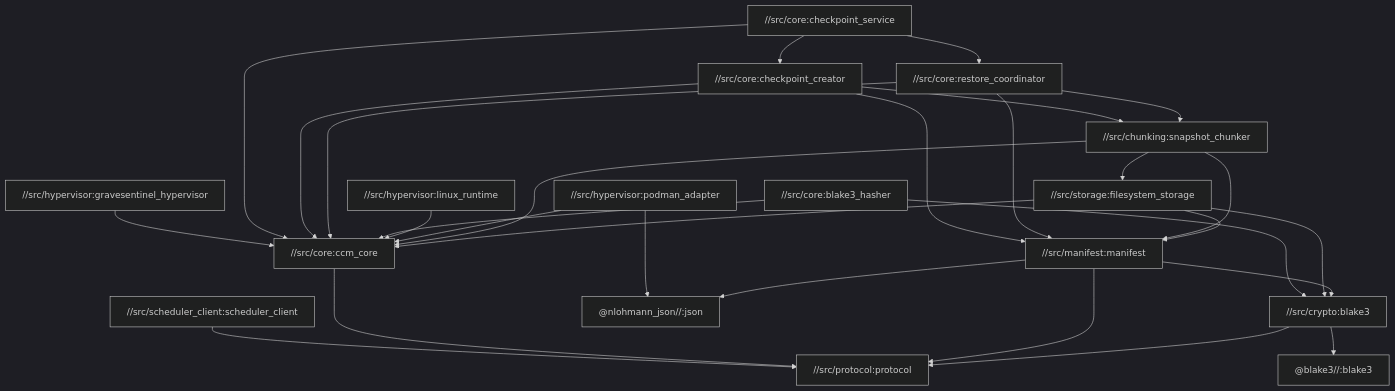
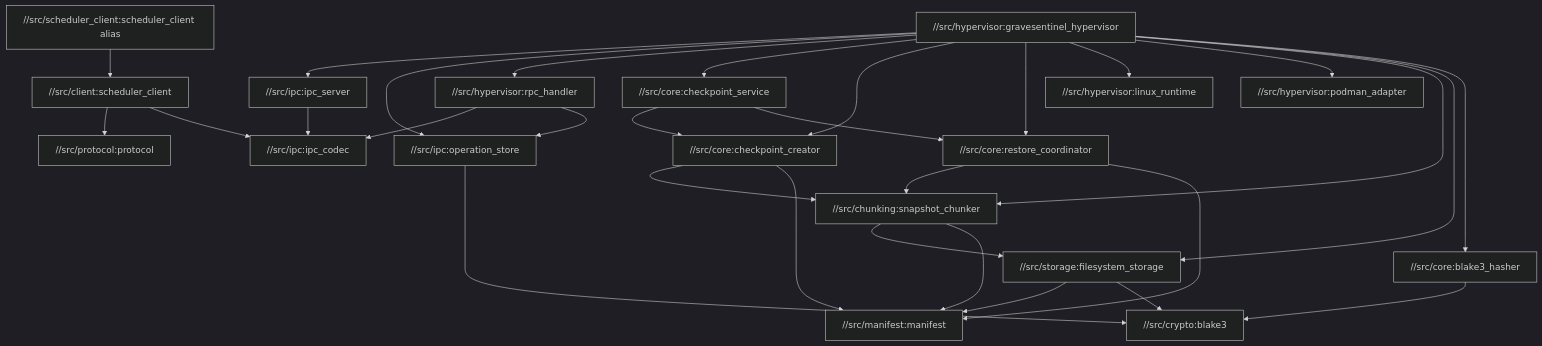
Before and after one commit to crystarm/gravesentinel: the second of 4 diagrams in docs/architecture.md, drawn with Mermaid (dark theme). The commit also changed other lines of this file and 5 other files, not shown here.

Commit message:
docs(hypervisor): describe the operational IPC boundary

````diff
--- a/docs/architecture.md
+++ b/docs/architecture.md
@@ -76,48 +98,51 @@
 ```mermaid
 flowchart TD
-    SchedulerClient["//src/scheduler_client:scheduler_client"]
+    PublicClient["//src/scheduler_client:scheduler_client alias"]
+    Client["//src/client:scheduler_client"]
     Protocol["//src/protocol:protocol"]
+    Codec["//src/ipc:ipc_codec"]
+    Server["//src/ipc:ipc_server"]
+    Store["//src/ipc:operation_store"]
     Binary["//src/hypervisor:gravesentinel_hypervisor"]
-    Core["//src/core:ccm_core"]
+    Rpc["//src/hypervisor:rpc_handler"]
     Service["//src/core:checkpoint_service"]
     Creator["//src/core:checkpoint_creator"]
     Restorer["//src/core:restore_coordinator"]
-    Hasher["//src/core:blake3_hasher"]
     LinuxRuntime["//src/hypervisor:linux_runtime"]
     Podman["//src/hypervisor:podman_adapter"]
     Chunking["//src/chunking:snapshot_chunker"]
     Storage["//src/storage:filesystem_storage"]
+    Hasher["//src/core:blake3_hasher"]
     Manifest["//src/manifest:manifest"]
     Crypto["//src/crypto:blake3"]
-    Json["@nlohmann_json//:json"]
-    Blake3["@blake3//:blake3"]
 
-    SchedulerClient --> Protocol
-    Binary --> Core
-    Core --> Protocol
-    Service --> Core
+    PublicClient --> Client
+    Client --> Protocol
+    Client --> Codec
+    Binary --> Server
+    Binary --> Store
+    Binary --> Rpc
+    Binary --> Service
+    Binary --> Creator
+    Binary --> Restorer
+    Binary --> LinuxRuntime
+    Binary --> Podman
+    Binary --> Chunking
+    Binary --> Storage
+    Binary --> Hasher
+    Server --> Codec
+    Rpc --> Codec
+    Rpc --> Store
     Service --> Creator
     Service --> Restorer
-    Creator --> Core
     Creator --> Chunking
     Creator --> Manifest
-    Restorer --> Core
     Restorer --> Chunking
     Restorer --> Manifest
-    Hasher --> Core
-    Hasher --> Crypto
-    LinuxRuntime --> Core
-    Podman --> Core
-    Podman --> Json
-    Chunking --> Core
+    Chunking --> Storage
     Chunking --> Manifest
-    Chunking --> Storage
-    Storage --> Core
     Storage --> Manifest
     Storage --> Crypto
-    Manifest --> Protocol
-    Manifest --> Crypto
-    Manifest --> Json
-    Crypto --> Protocol
-    Crypto --> Blake3
+    Hasher --> Crypto
+    Store --> Crypto
 ```
````
